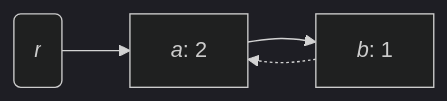
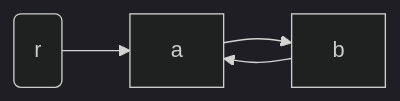
One commit to claytonwramsey/www changed the second of 9 diagrams in _drafts/2023-06-15-dumpster.md. Above: the diagram before and after it, drawn with Mermaid (dark theme). The commit also changed other lines of this file and 4 other files, not shown here.

````diff
--- a/_drafts/2023-06-15-dumpster.md
+++ b/_drafts/2023-06-15-dumpster.md
@@ -426,10 +424,8 @@
 ```mermaid
 flowchart LR
-  a["<em>a</em>: 2"]
-  b["<em>b</em>: 1"]
-  r("<em>r</em>")
+  r("r")
 
   a --> b
-  b -.-> a
+  b --> a
   r --> a
 ```
````
